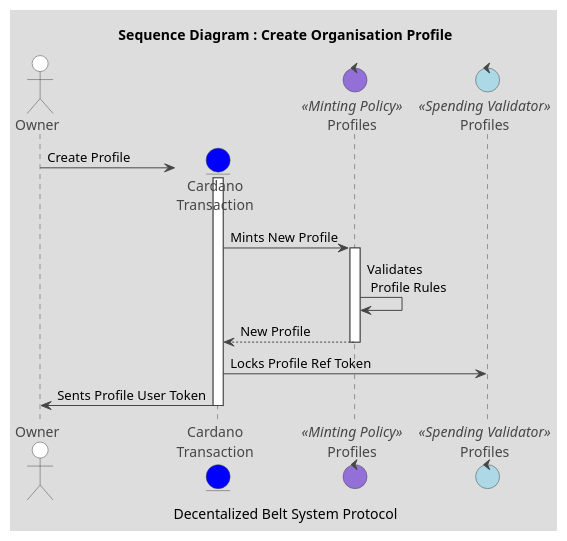
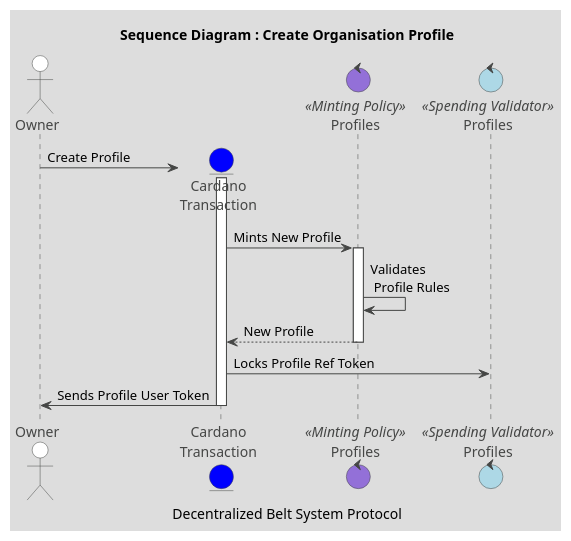
The diagram in puml/SequenceDiagram-CreateProfile-Organisation.puml (en7angled/Decentralized-Belt-System), drawn with PlantUML before and after one commit. The commit also changed 167 other files, not shown here.

```diff
--- a/puml/SequenceDiagram-CreateProfile-Organisation.puml
+++ b/puml/SequenceDiagram-CreateProfile-Organisation.puml
@@ -1,33 +1,33 @@
 @startuml CreateProfile-Organisation
 
 title: Sequence Diagram : Create Organisation Profile
-caption: Decentalized Belt System Protocol
+caption: Decentralized Belt System Protocol
 
 !theme toy
 
 skinparam control<< Spending Validator >>  {
     BackgroundColor LightBlue
 }
 skinparam control<< Minting Policy >>    {
     BackgroundColor MediumPurple
 }
 
 
 actor OrganisationOwner as "Owner" #white
 entity Cardano as "Cardano\nTransaction" #blue
 
 control ProfilesMP as "Profiles" << Minting Policy >>
 control ProfilesV as "Profiles" << Spending Validator >>
 
 create Cardano
 OrganisationOwner -> Cardano --++ : Create Profile
 
 
 Cardano -> ProfilesMP ++ : Mints New Profile
 ProfilesMP -> ProfilesMP : Validates\n Profile Rules
 ProfilesMP --> Cardano --: New Profile
 
 Cardano -> ProfilesV : Locks Profile Ref Token
-Cardano -> OrganisationOwner -- : Sents Profile User Token
+Cardano -> OrganisationOwner -- : Sends Profile User Token
 
 @enduml
```
